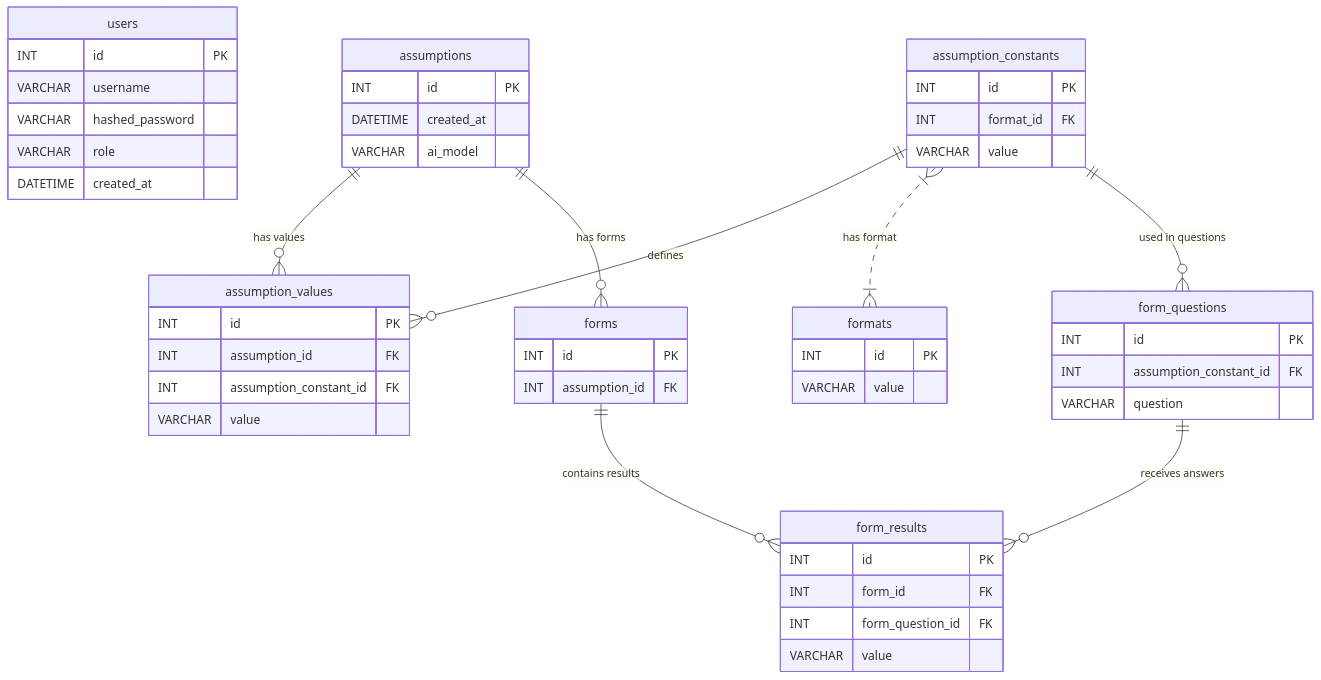
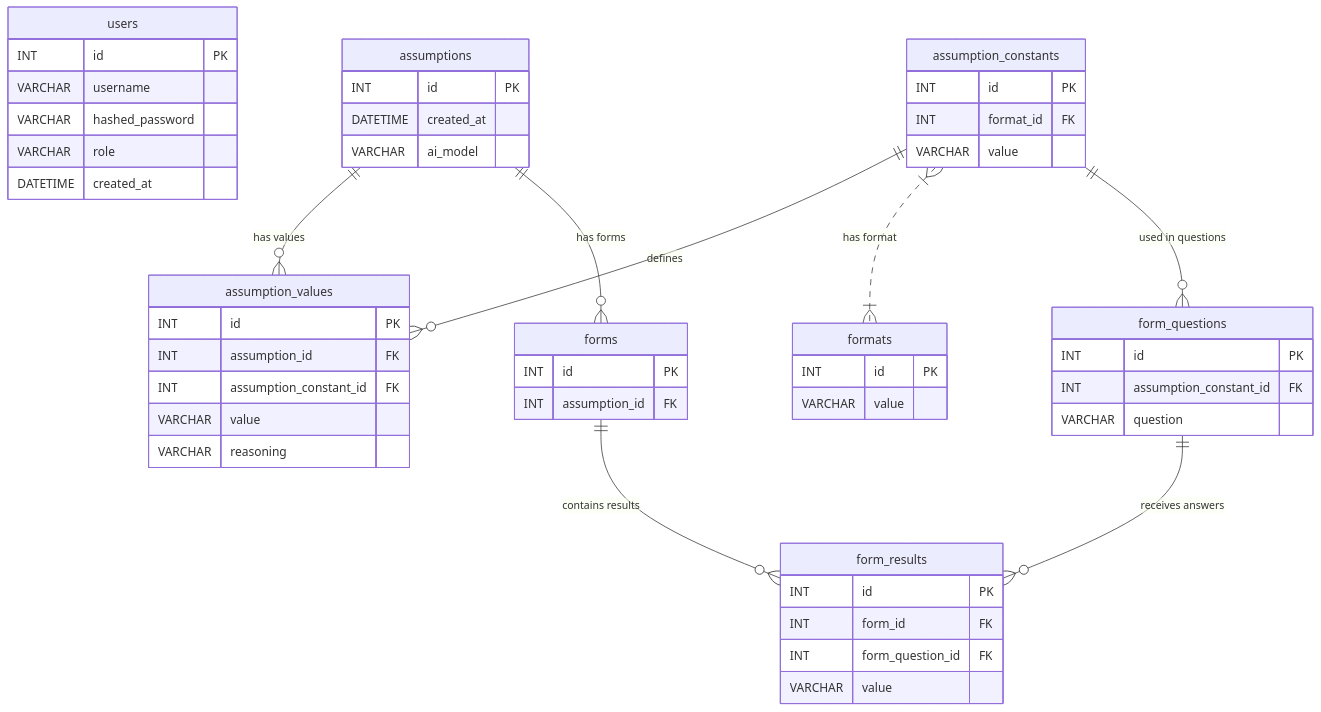
The diagram in docs/database/database_erd.md (Lake3205/AI-photobooth), drawn with Mermaid before and after one commit.

Commit message:
feat: add explanation field to assumption_values in ERD

````diff
--- a/docs/database/database_erd.md
+++ b/docs/database/database_erd.md
@@ -3,63 +3,64 @@
 ```mermaid
 erDiagram
     users {
         INT id PK
         VARCHAR username 
         VARCHAR hashed_password
         VARCHAR role
         DATETIME created_at
     }
 
     assumptions {
         INT id PK
         DATETIME created_at
         VARCHAR ai_model
     }
 
     assumption_constants {
         INT id PK
         INT format_id FK
         VARCHAR value
     }
 
     assumption_values {
         INT id PK
         INT assumption_id FK
         INT assumption_constant_id FK
         VARCHAR value
+        VARCHAR reasoning
     }
 
     forms {
         INT id PK
         INT assumption_id FK
     }
 
     form_questions {
         INT id PK
         INT assumption_constant_id FK
         VARCHAR question
     }
 
     form_results {
         INT id PK
         INT form_id FK
         INT form_question_id FK
         VARCHAR value
     }
 
     formats {
         INT id PK
         VARCHAR value
     }
 
     %% Relationships
     assumptions ||--o{ assumption_values : "has values"
     assumption_constants ||--o{ assumption_values : "defines"
     
     assumption_constants }|..|{ formats : "has format"
 
     assumptions ||--o{ forms : "has forms"
     assumption_constants ||--o{ form_questions : "used in questions"
     form_questions ||--o{ form_results : "receives answers"
     forms ||--o{ form_results : "contains results"
 ```
````
